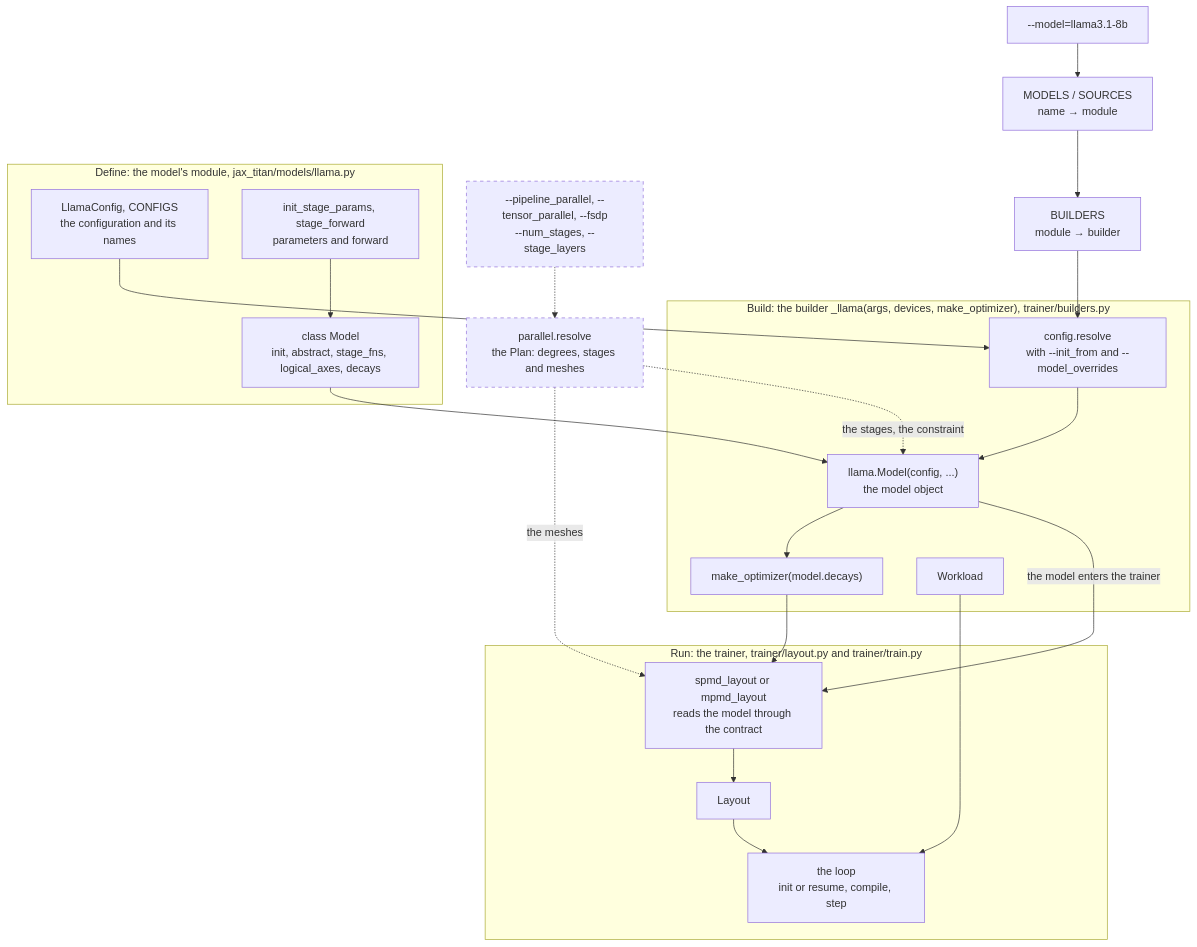
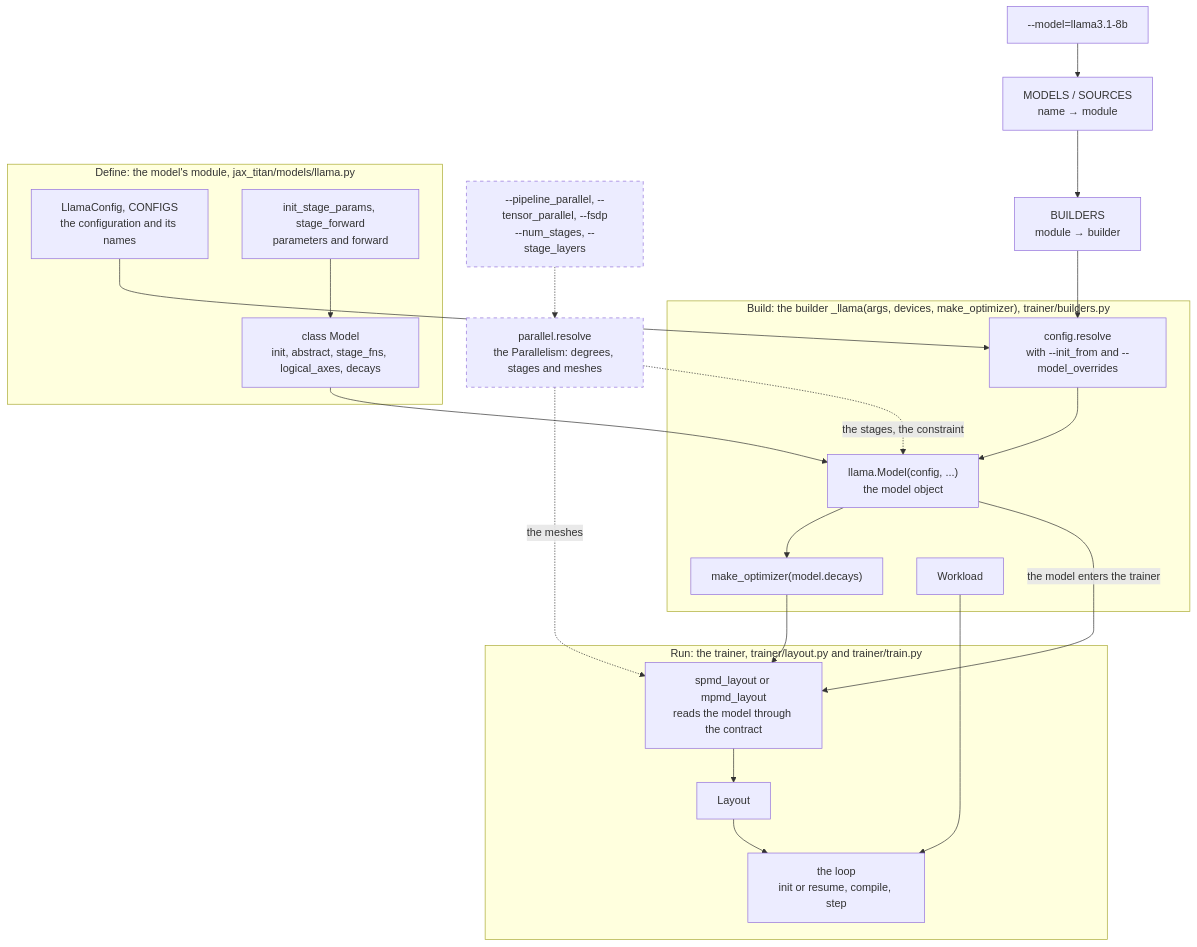
One commit to ROCm/jax-titan changed the diagram in docs/design/models_and_parallelism.md. Above: the diagram before and after it, drawn with Mermaid. The commit also changed other lines of this file, not shown here.

Commit message:
docs/design: the plan of the parallel strategies is named Parallelism (the class, the variable parallelism, the file jax_titan/parallel/parallelism.py, the titles of 3.3 and 4.2, the diagram and the trace of 4.4)

````diff
--- a/docs/design/models_and_parallelism.md
+++ b/docs/design/models_and_parallelism.md
@@ -20,40 +20,40 @@
 ```mermaid
 flowchart TD
     CLI["--model=llama3.1-8b"] --> NAMES["MODELS / SOURCES<br/>name → module"]
     NAMES --> TABLE["BUILDERS<br/>module → builder"]
-    PAR["--pipeline_parallel, --tensor_parallel, --fsdp<br/>--num_stages, --stage_layers"] -.-> PLAN["parallel.resolve<br/>the Plan: degrees, stages and meshes"]
+    PAR["--pipeline_parallel, --tensor_parallel, --fsdp<br/>--num_stages, --stage_layers"] -.-> PARALLELISM["parallel.resolve<br/>the Parallelism: degrees, stages and meshes"]
 
     subgraph MOD["Define: the model's module, jax_titan/models/llama.py"]
         CFG["LlamaConfig, CONFIGS<br/>the configuration and its names"]
         FN["init_stage_params, stage_forward<br/>parameters and forward"]
         CLS["class Model<br/>init, abstract, stage_fns, logical_axes, decays"]
         FN --> CLS
     end
 
     subgraph BLD["Build: the builder _llama(args, devices, make_optimizer), trainer/builders.py"]
         RES["config.resolve<br/>with --init_from and --model_overrides"]
         OBJ["llama.Model(config, ...)<br/>the model object"]
         OPT["make_optimizer(model.decays)"]
         WORK["Workload"]
         RES --> OBJ --> OPT
     end
 
     subgraph TRN["Run: the trainer, trainer/layout.py and trainer/train.py"]
         LAYFN["spmd_layout or mpmd_layout<br/>reads the model through the contract"]
         LAY["Layout"]
         LOOP["the loop<br/>init or resume, compile, step"]
         LAYFN --> LAY --> LOOP
     end
 
     TABLE --> RES
     CFG --> RES
     CLS --> OBJ
     OBJ -->|"the model enters the trainer"| LAYFN
     OPT --> LAYFN
     WORK --> LOOP
-    PLAN -.->|"the stages, the constraint"| OBJ
-    PLAN -.->|"the meshes"| LAYFN
+    PARALLELISM -.->|"the stages, the constraint"| OBJ
+    PARALLELISM -.->|"the meshes"| LAYFN
 
     classDef proposed stroke-dasharray: 5 5
-    class PAR,PLAN proposed
+    class PAR,PARALLELISM proposed
 ```
````
